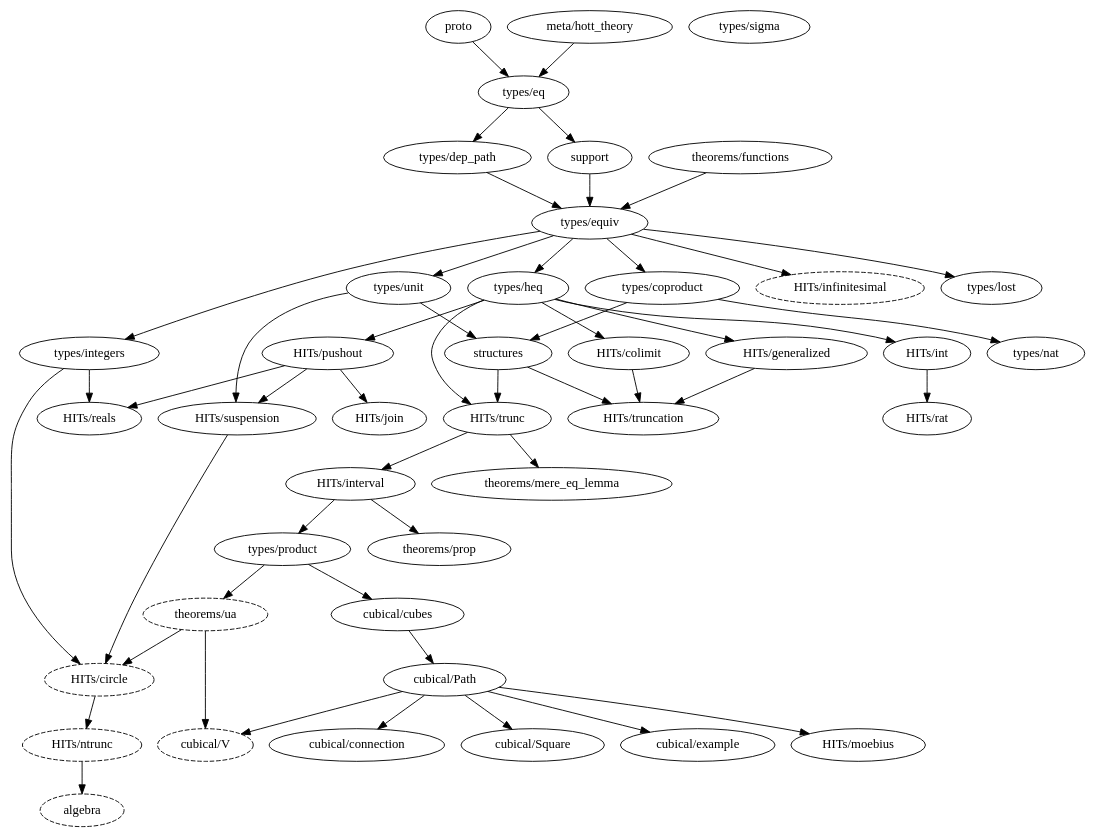
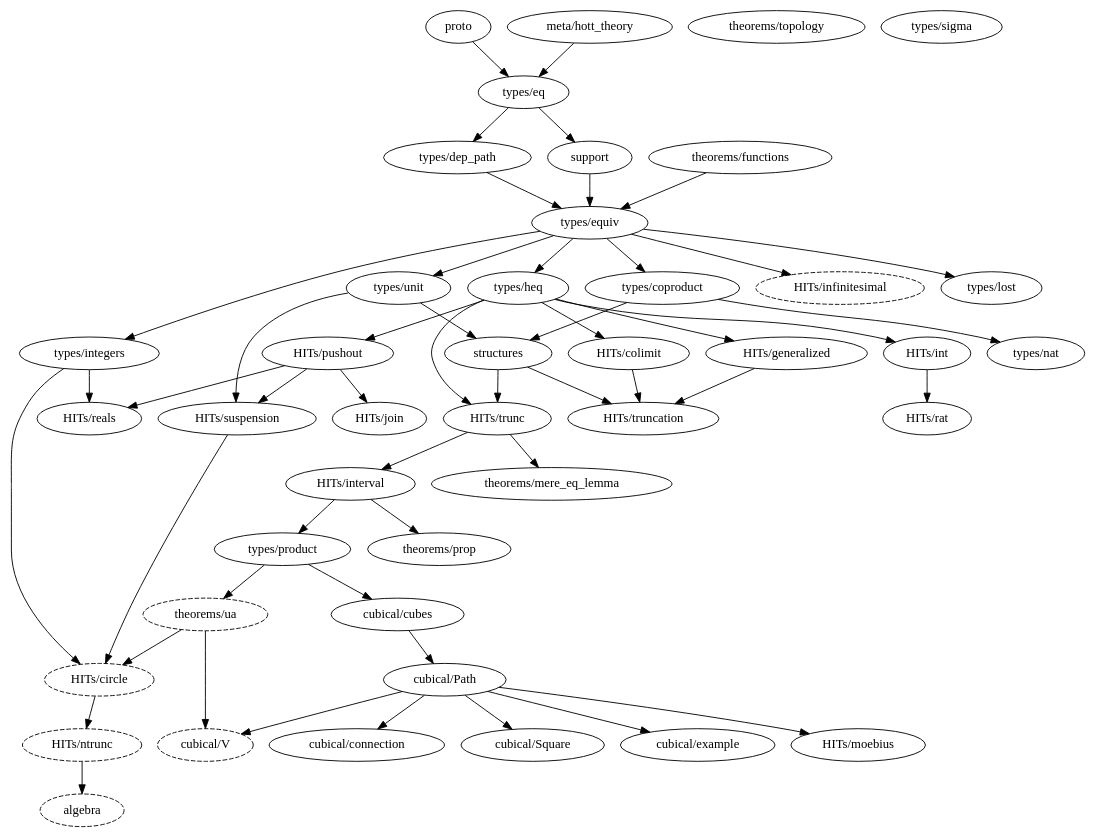
Before and after one commit to forked-from-1kasper/ground_zero: the diagram in dependency_map.gv, drawn with Graphviz. The commit also changed 6 other files, not shown here.

```diff
--- a/dependency_map.gv
+++ b/dependency_map.gv
@@ -1,89 +1,91 @@
 digraph dependency_map {
   proto -> "types/eq"
   "meta/hott_theory" -> "types/eq"
 
   algebra [style=dashed]
   "HITs/ntrunc" -> algebra
 
   "HITs/circle" [style=dashed]
   "types/integers" -> "HITs/circle"
   "HITs/suspension" -> "HITs/circle"
   "theorems/ua" -> "HITs/circle"
 
   "types/heq" -> "HITs/colimit"
 
   "types/heq" -> "HITs/generalized"
 
   "HITs/infinitesimal" [style=dashed]
   "types/equiv" -> "HITs/infinitesimal"
 
   "types/equiv" -> "types/coproduct"
   "types/eq" -> "types/dep_path"
 
   "cubical/Path" -> "cubical/connection"
   "types/product" -> "cubical/cubes"
   "cubical/cubes" -> "cubical/Path"
   "cubical/Path" -> "cubical/Square"
   "cubical/Path" -> "cubical/example"
 
   "cubical/V" [style=dashed]
   "theorems/ua" -> "cubical/V"
   "cubical/Path" -> "cubical/V"
 
   "types/equiv" -> "types/heq"
   "types/equiv" -> "types/integers"
 
   "types/dep_path" -> "types/equiv"
   support -> "types/equiv"
   "theorems/functions" -> "types/equiv"
 
   "types/heq" -> "HITs/int"
 
   "HITs/trunc" -> "HITs/interval"
 
   "HITs/pushout" -> "HITs/join"
 
   "cubical/Path" -> "HITs/moebius"
 
   "HITs/trunc" -> "theorems/mere_eq_lemma"
 
+  "theorems/topology"
+
   "HITs/ntrunc" [style=dashed]
   "HITs/circle" -> "HITs/ntrunc"
 
   "HITs/interval" -> "types/product"
 
   "HITs/interval" -> "theorems/prop"
 
   "types/heq" -> "HITs/pushout"
 
   "HITs/int" -> "HITs/rat"
 
   "HITs/pushout" -> "HITs/reals"
   "types/integers" -> "HITs/reals"
 
   "types/unit" -> structures
   "types/coproduct" -> structures
 
   "types/eq" -> support
 
   "HITs/pushout" -> "HITs/suspension"
   "types/unit" -> "HITs/suspension"
 
   structures -> "HITs/trunc"
   "types/heq" -> "HITs/trunc"
 
   structures -> "HITs/truncation"
   "HITs/colimit" -> "HITs/truncation"
   "HITs/generalized" -> "HITs/truncation"
 
   "theorems/ua" [style=dashed]
   "types/product" -> "theorems/ua"
 
   "types/equiv" -> "types/unit"
 
   "types/coproduct" -> "types/nat"
 
   "types/equiv" -> "types/lost"
 
   "types/sigma"
 }
```
